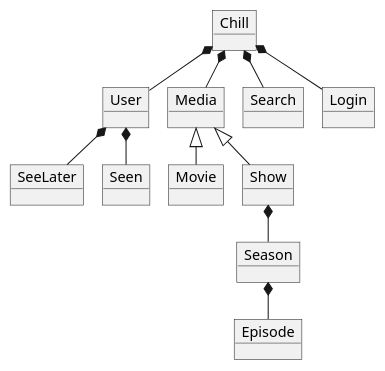
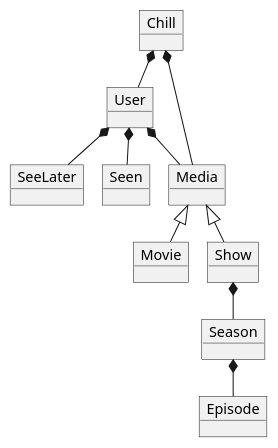
The diagram in doc/domainmodel.puml (niki03125/SP3), drawn with PlantUML before and after one commit. The commit also changed 2 other files, not shown here.

Commit message:
Classdiagram started

```diff
--- a/doc/domainmodel.puml
+++ b/doc/domainmodel.puml
@@ -1,30 +1,27 @@
 @startuml
 !pragma layout smetana
 
 object Chill
 object User
 object SeeLater
 object Seen
 object Media
 object Movie
 object Show
 object Season
 object Episode
-object Search
-object Login
-
-Chill *-- User
 
 Chill *-- Media
 User *-- SeeLater
 User *-- Seen
+User *-- Media
 
 Media <|-- Movie
 Media <|-- Show
 Show *-- Season
 Season *-- Episode
 
-Chill *-- Search
-Chill *-- Login
+Chill *-- User
+
 
 @enduml
```
